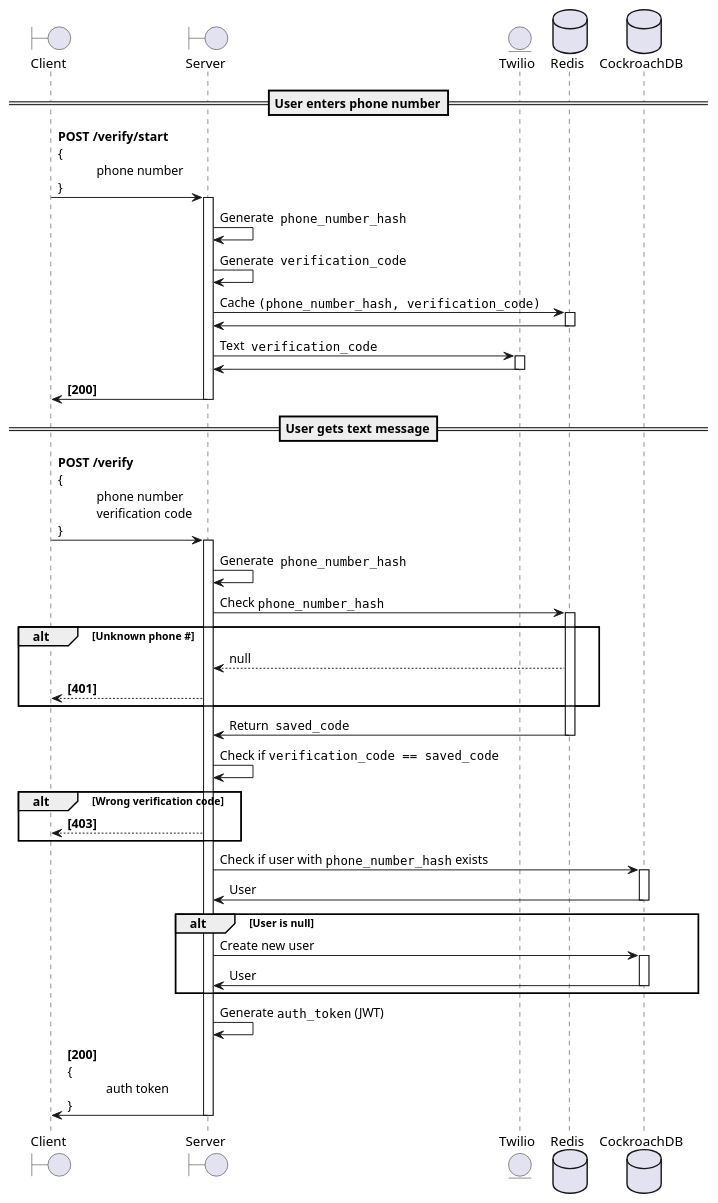
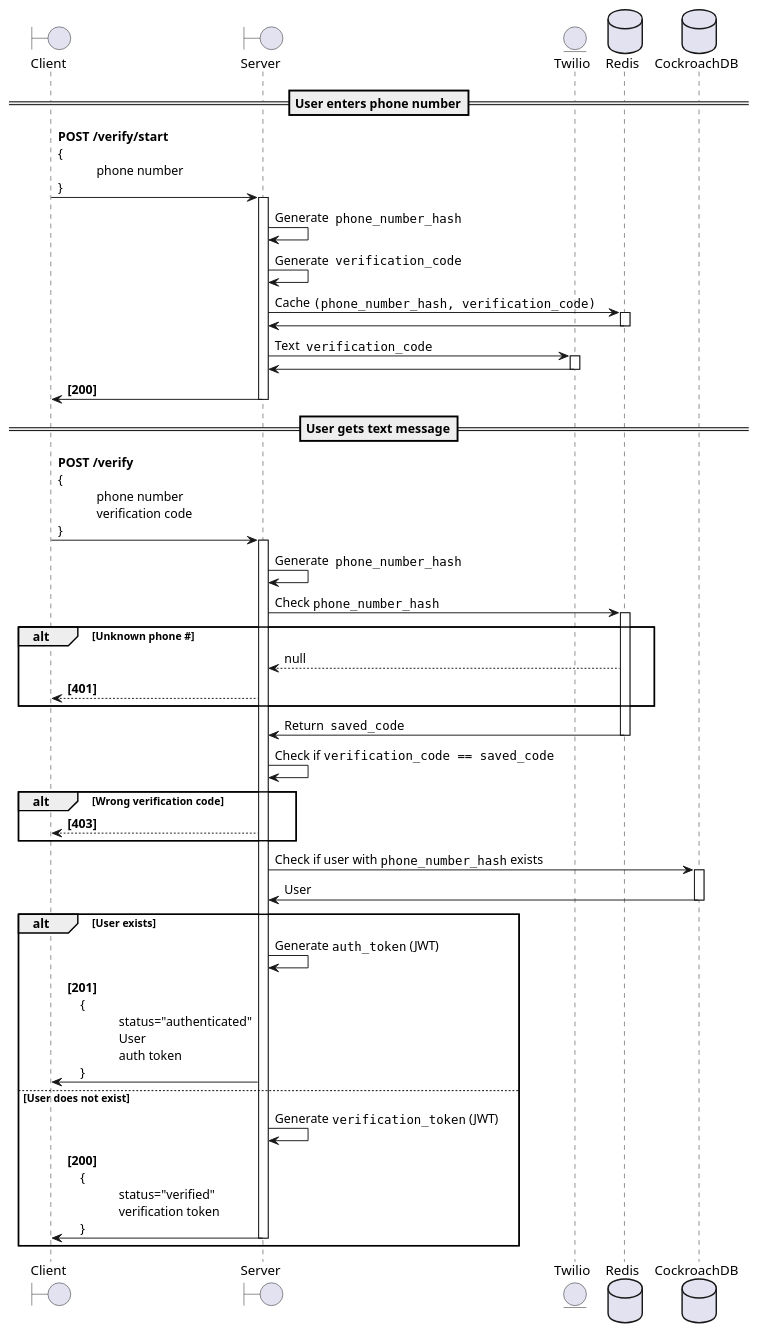
One commit to slicersoflife/server changed the diagram in diagrams/Verify.puml. Above: the diagram before and after it, drawn with PlantUML. The commit also changed 3 other files, not shown here.

```diff
--- a/diagrams/Verify.puml
+++ b/diagrams/Verify.puml
@@ -1,57 +1,65 @@
 @startuml
 'https://plantuml.com/sequence-diagram
 
 boundary Client
 boundary Server
 entity Twilio
 database Redis
 database CockroachDB
 
 ==User enters phone number==
 
 Client -> Server ++ : **POST /verify/start** \n\
 {\n\t\
     phone number\n\
 }
 Server -> Server: Generate  ""phone_number_hash""
 Server -> Server: Generate  ""verification_code""
 Server -> Redis ++ : Cache ""(phone_number_hash, verification_code)""
 Server <- Redis --
 Server -> Twilio ++ : Text  ""verification_code""
 Twilio -> Server -- :
 Client <- Server --: **[200]**
 
 ==User gets text message==
 
 Client -> Server ++ : **POST /verify** \n\
 {\n\t\
     phone number\n\t\
     verification code\n\
 }
 Server -> Server: Generate  ""phone_number_hash""
 Server -> Redis ++ : Check ""phone_number_hash""
 alt Unknown phone #
     Server <-- Redis : null
     Client <-- Server : **[401]**
 end
 
 Server <- Redis -- : Return  ""saved_code""
 Server -> Server: Check if ""verification_code == saved_code""
 alt Wrong verification code
     Client <-- Server : **[403]**
 end
 
 Server -> CockroachDB ++ : Check if user with ""phone_number_hash"" exists
 Server <- CockroachDB -- : User
-alt User is null
-    Server -> CockroachDB ++ : Create new user
-    Server <- CockroachDB -- : User
+alt User exists
+    Server -> Server : Generate ""auth_token"" (JWT)
+    Client <- Server : **[201]**\n\
+    {\n\t\
+        status="authenticated"\n\t\
+        User\n\t\
+        auth token\n\
+    }
+else User does not exist
+    Server -> Server : Generate ""verification_token"" (JWT)
+    Client <- Server -- : **[200]**\n\
+    {\n\t\
+        status="verified"\n\t\
+        verification token\n\
+    }
 end
 
-Server -> Server: Generate ""auth_token"" (JWT)
-Client <- Server -- : **[200]**\n\
-{\n\t\
-    auth token\n\
-}
+
 
 @enduml
```
